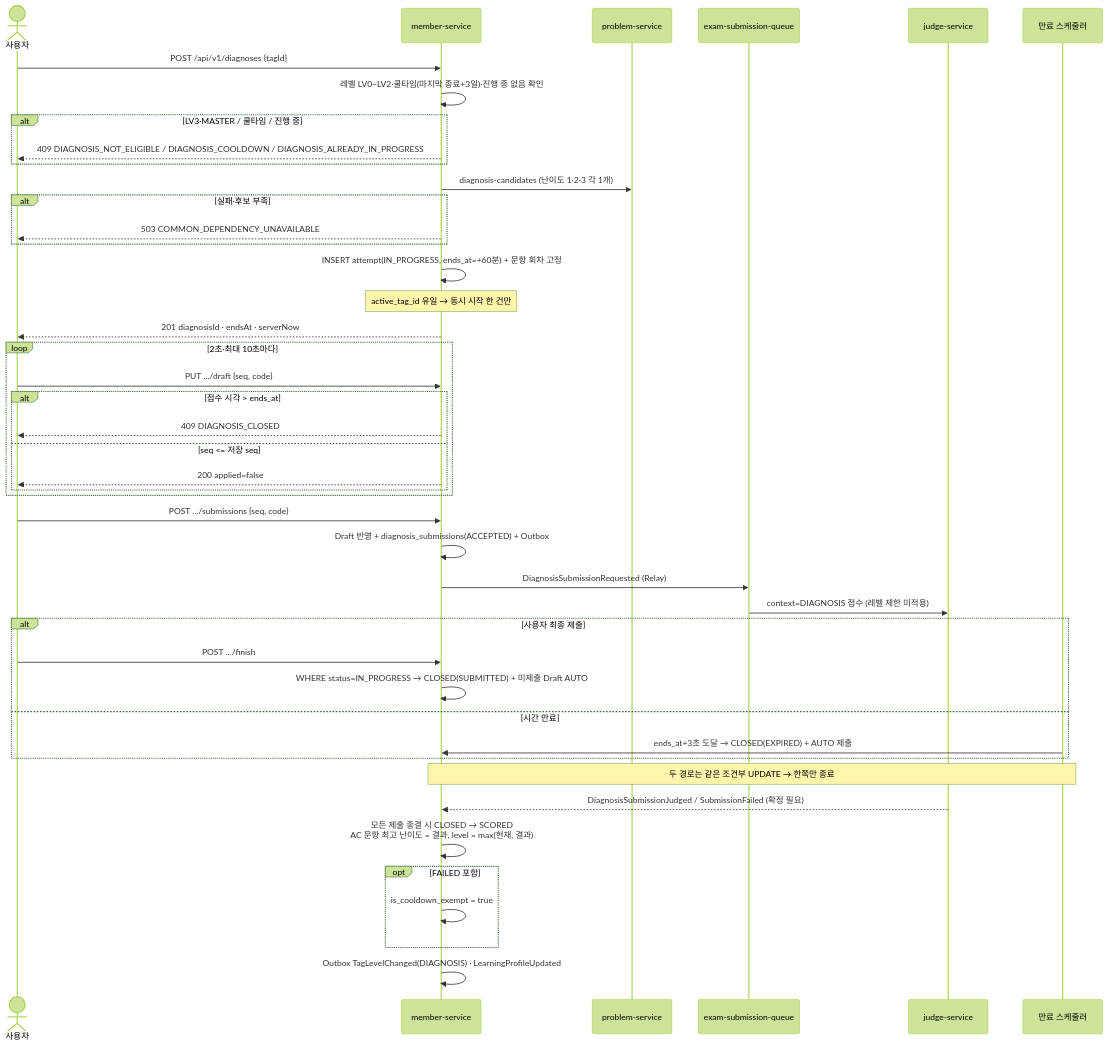
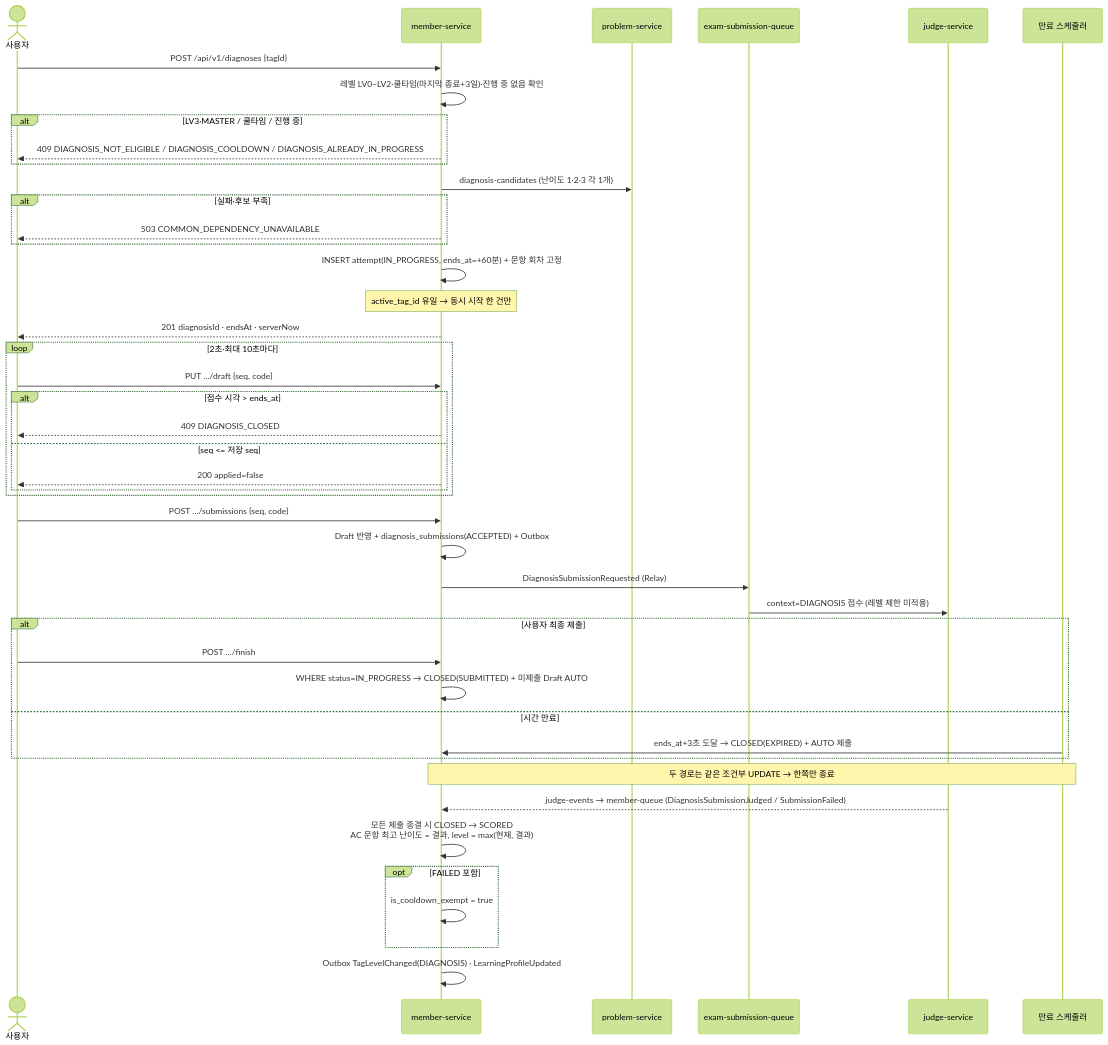
One commit to Back-To-Back-team-3/re-solve changed the ninth of 57 diagrams in docs/dev/architecture/diagrams.md. Above: the diagram before and after it, drawn with Mermaid (forest theme). The commit also changed other lines of this file and 18 other files, not shown here.

````diff
--- a/docs/dev/architecture/diagrams.md
+++ b/docs/dev/architecture/diagrams.md
@@ -279,46 +279,46 @@
 ```mermaid
 sequenceDiagram
     actor U as 사용자
     participant M as member-service
     participant P as problem-service
     participant Q as exam-submission-queue
     participant J as judge-service
     participant S as 만료 스케줄러
     U->>M: POST /api/v1/diagnoses {tagId}
     M->>M: 레벨 LV0~LV2·쿨타임(마지막 종료+3일)·진행 중 없음 확인
     alt LV3·MASTER / 쿨타임 / 진행 중
         M-->>U: 409 DIAGNOSIS_NOT_ELIGIBLE / DIAGNOSIS_COOLDOWN / DIAGNOSIS_ALREADY_IN_PROGRESS
     end
     M->>P: diagnosis-candidates (난이도 1·2·3 각 1개)
     alt 실패·후보 부족
         M-->>U: 503 COMMON_DEPENDENCY_UNAVAILABLE
     end
     M->>M: INSERT attempt(IN_PROGRESS, ends_at=+60분) + 문항 회차 고정
     Note over M: active_tag_id 유일 → 동시 시작 한 건만
     M-->>U: 201 diagnosisId · endsAt · serverNow
     loop 2초·최대 10초마다
         U->>M: PUT …/draft {seq, code}
         alt 접수 시각 > ends_at
             M-->>U: 409 DIAGNOSIS_CLOSED
         else seq <= 저장 seq
             M-->>U: 200 applied=false
         end
     end
     U->>M: POST …/submissions {seq, code}
     M->>M: Draft 반영 + diagnosis_submissions(ACCEPTED) + Outbox
     M->>Q: DiagnosisSubmissionRequested (Relay)
     Q->>J: context=DIAGNOSIS 접수 (레벨 제한 미적용)
     alt 사용자 최종 제출
         U->>M: POST …/finish
         M->>M: WHERE status=IN_PROGRESS → CLOSED(SUBMITTED) + 미제출 Draft AUTO
     else 시간 만료
         S->>M: ends_at+3초 도달 → CLOSED(EXPIRED) + AUTO 제출
     end
     Note over M,S: 두 경로는 같은 조건부 UPDATE → 한쪽만 종료
-    J-->>M: DiagnosisSubmissionJudged / SubmissionFailed (확정 필요)
+    J-->>M: judge-events → member-queue (DiagnosisSubmissionJudged / SubmissionFailed)
     M->>M: 모든 제출 종결 시 CLOSED → SCORED<br/>AC 문항 최고 난이도 = 결과, level = max(현재, 결과)
     opt FAILED 포함
         M->>M: is_cooldown_exempt = true
     end
     M->>M: Outbox TagLevelChanged(DIAGNOSIS) · LearningProfileUpdated
 ```
````
